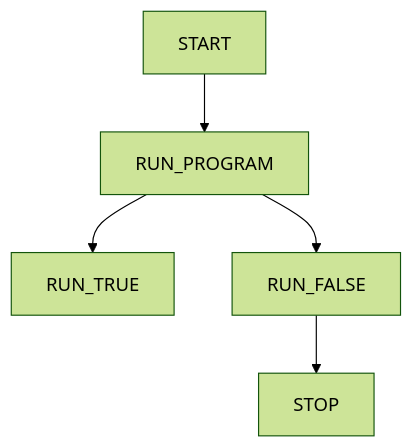
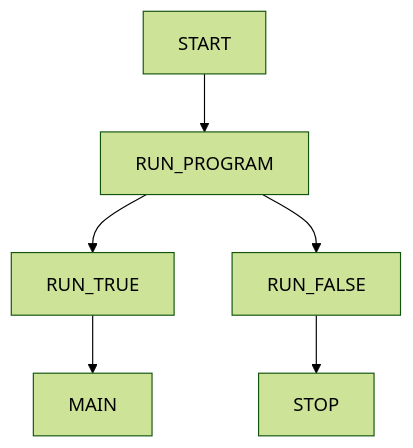
Before and after one commit to carldavidbrownjr/repo1: the second of 2 diagrams in foundation.git.markdown.md, drawn with Mermaid (forest theme).

````diff
--- a/foundation.git.markdown.md
+++ b/foundation.git.markdown.md
@@ -22,7 +22,8 @@
 ```mermaid
 graph TD;
   START-->RUN_PROGRAM;
   RUN_PROGRAM-->RUN_TRUE;
   RUN_PROGRAM-->RUN_FALSE; 
   RUN_FALSE-->STOP;
+  RUN_TRUE-->MAIN;
 ```
````
